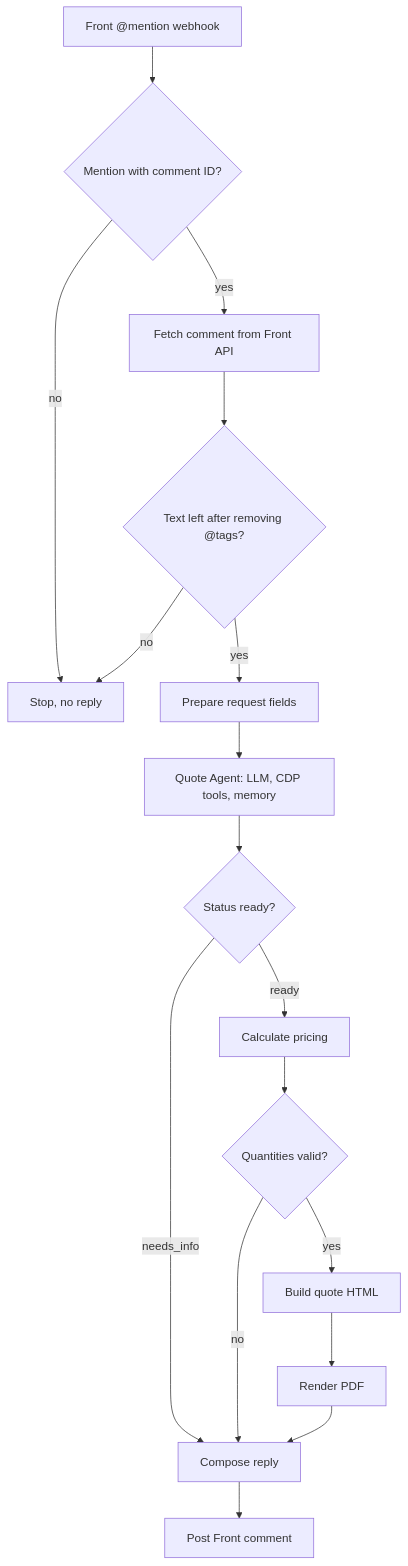
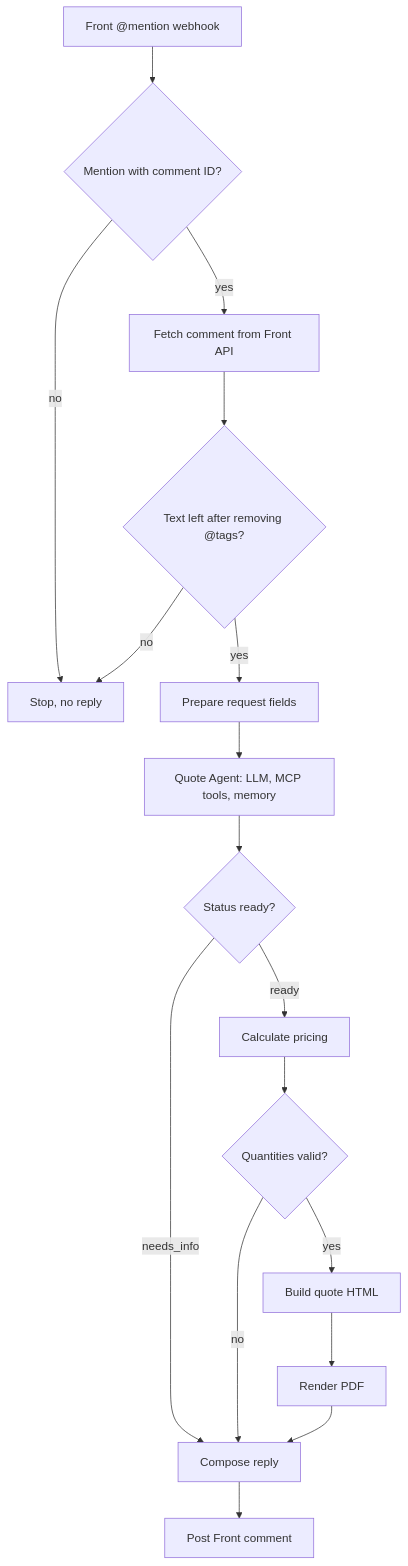
The diagram in projects/quote-agent/README.md (JamesonCodes/project-showcase), drawn with Mermaid before and after one commit. The commit also changed other lines of this file and 1 other file, not shown here.

Commit message:
Update Quote Agent status and MCP terminology

````diff
--- a/projects/quote-agent/README.md
+++ b/projects/quote-agent/README.md
@@ -57,19 +53,19 @@
 ```mermaid
 flowchart TD
   A[Front @mention webhook] --> B{Mention with comment ID?}
   B -- no --> X[Stop, no reply]
   B -- yes --> C[Fetch comment from Front API]
   C --> D{Text left after removing @tags?}
   D -- no --> X
   D -- yes --> E[Prepare request fields]
-  E --> F[Quote Agent: LLM, CDP tools, memory]
+  E --> F[Quote Agent: LLM, MCP tools, memory]
   F --> G{Status ready?}
   G -- needs_info --> M[Compose reply]
   G -- ready --> H[Calculate pricing]
   H --> I{Quantities valid?}
   I -- no --> M
   I -- yes --> J[Build quote HTML]
   J --> K[Render PDF]
   K --> M
   M --> N[Post Front comment]
 ```
````
